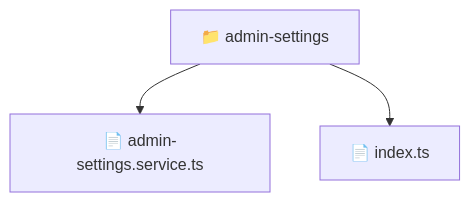
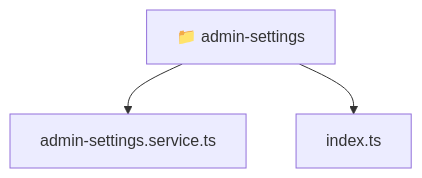
Before and after one commit to beginwebdev2002/fullstack-mavluda: the diagram in frontend/src/entities/admin-settings/README.md, drawn with Mermaid. The commit also changed other lines of this file and 167 other files, not shown here.

````diff
--- a/frontend/src/entities/admin-settings/README.md
+++ b/frontend/src/entities/admin-settings/README.md
@@ -11,6 +11,8 @@
 ```mermaid
 graph TD
-  Root["📁 admin-settings"]
-  Root --> admin_settings_service_ts["📄 admin-settings.service.ts"]
-  Root --> index_ts["📄 index.ts"]
+  Root_admin_settings["📁 admin-settings"]
+  f_admin_settings_service_ts["admin-settings.service.ts"]
+  Root_admin_settings --> f_admin_settings_service_ts
+  f_index_ts["index.ts"]
+  Root_admin_settings --> f_index_ts
 ```
````
